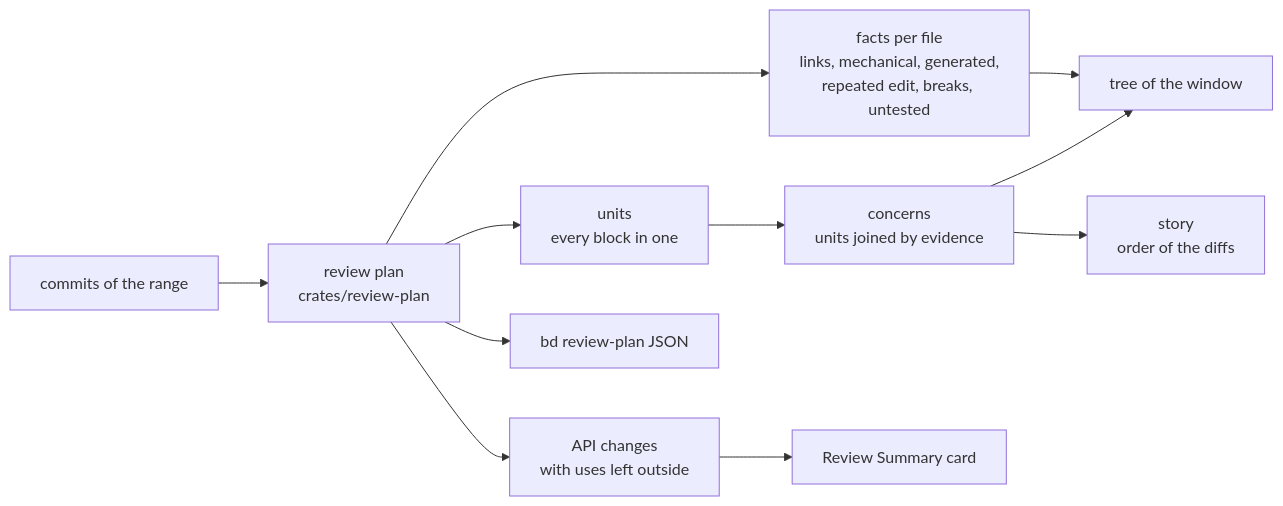
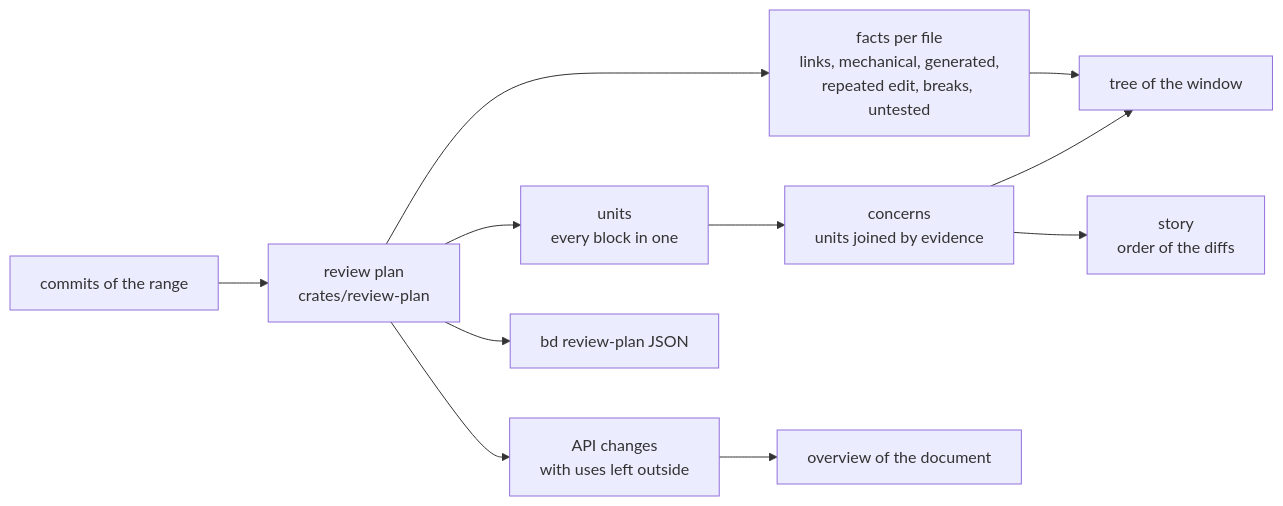
One commit to develar/branch-deck changed the diagram in docs/design/change-review.md. Above: the diagram before and after it, drawn with Mermaid. The commit also changed other lines of this file and 48 other files, not shown here.

````diff
--- a/docs/design/change-review.md
+++ b/docs/design/change-review.md
@@ -58,13 +58,13 @@
 ```mermaid
 flowchart LR
   R[commits of the range] --> P[review plan<br/>crates/review-plan]
   P --> F[facts per file<br/>links, mechanical, generated,<br/>repeated edit, breaks, untested]
   P --> A[API changes<br/>with uses left outside]
   P --> U[units<br/>every block in one]
   U --> C[concerns<br/>units joined by evidence]
   C --> S[story<br/>order of the diffs]
   F --> T[tree of the window]
   C --> T
-  A --> K[Review Summary card]
+  A --> K[overview of the document]
   P --> B[bd review-plan JSON]
 ```
````
